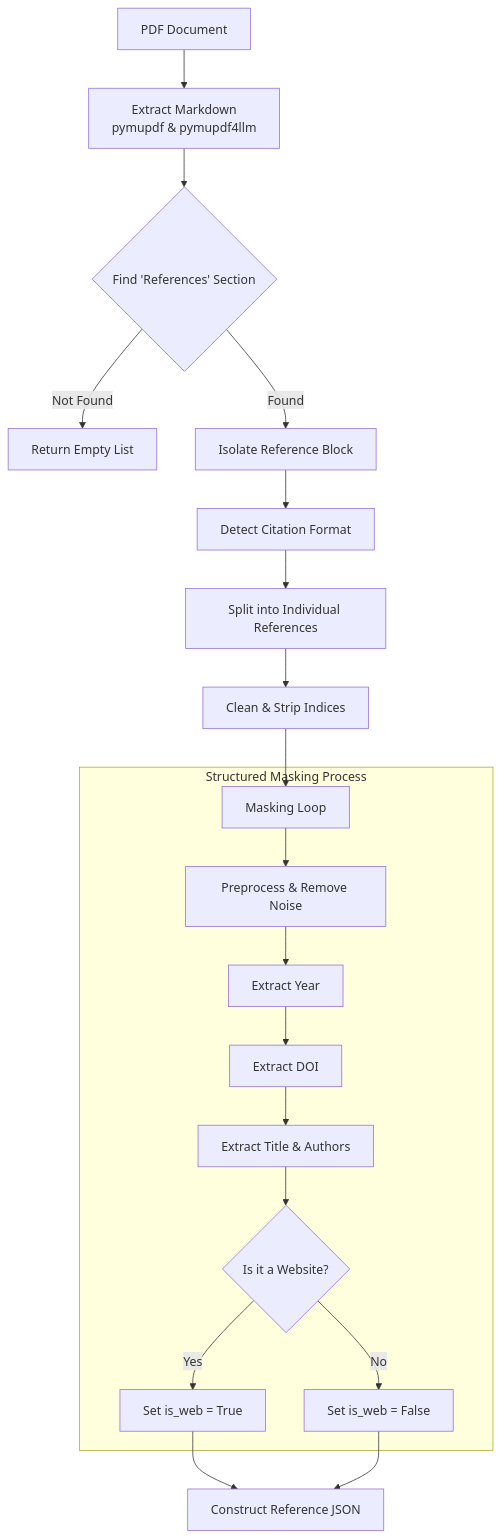
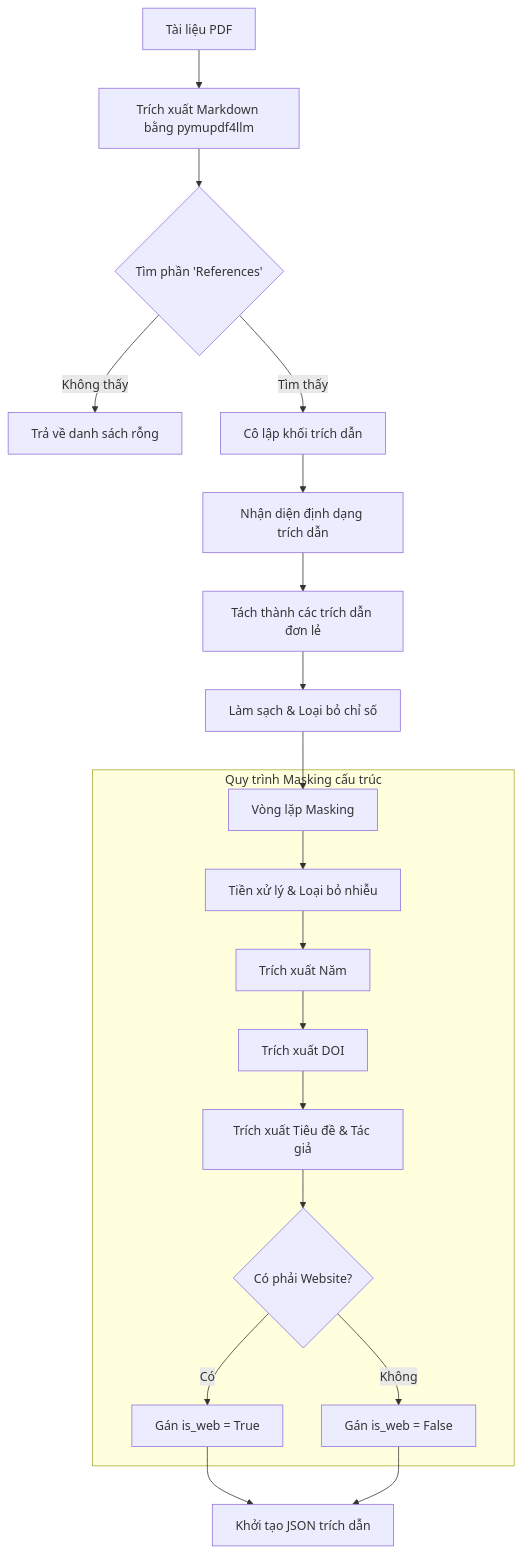
Before and after one commit to Jakiduy1410/DOI_checking: the first of 2 diagrams in README.md, drawn with Mermaid. The commit also changed other lines of this file and 1 other file, not shown here.

````diff
--- a/README.md
+++ b/README.md
@@ -22,24 +23,24 @@
 ```mermaid
 flowchart TD
-    A[PDF Document] --> B[Extract Markdown<br>pymupdf & pymupdf4llm]
-    B --> C{Find 'References' Section}
-    C -- Not Found --> D[Return Empty List]
-    C -- Found --> E[Isolate Reference Block]
-    E --> F[Detect Citation Format]
-    F --> G[Split into Individual References]
-    G --> H[Clean & Strip Indices]
-    H --> I[Masking Loop]
+    A[Tài liệu PDF] --> B[Trích xuất Markdown bằng pymupdf4llm]
+    B --> C{Tìm phần 'References'}
+    C -- Không thấy --> D[Trả về danh sách rỗng]
+    C -- Tìm thấy --> E[Cô lập khối trích dẫn]
+    E --> F[Nhận diện định dạng trích dẫn]
+    F --> G[Tách thành các trích dẫn đơn lẻ]
+    G --> H[Làm sạch & Loại bỏ chỉ số]
+    H --> I[Vòng lặp Masking]
     
-    subgraph Structured Masking Process
-        I --> J[Preprocess & Remove Noise]
-        J --> K[Extract Year]
-        K --> L[Extract DOI]
-        L --> M[Extract Title & Authors]
-        M --> N{Is it a Website?}
-        N -- Yes --> O[Set is_web = True]
-        N -- No --> P[Set is_web = False]
+    subgraph Quy trình Masking cấu trúc
+        I --> J[Tiền xử lý & Loại bỏ nhiễu]
+        J --> K[Trích xuất Năm]
+        K --> L[Trích xuất DOI]
+        L --> M[Trích xuất Tiêu đề & Tác giả]
+        M --> N{Có phải Website?}
+        N -- Có --> O[Gán is_web = True]
+        N -- Không --> P[Gán is_web = False]
     end
     
-    O --> Q[Construct Reference JSON]
+    O --> Q[Khởi tạo JSON trích dẫn]
     P --> Q
 ```
````
